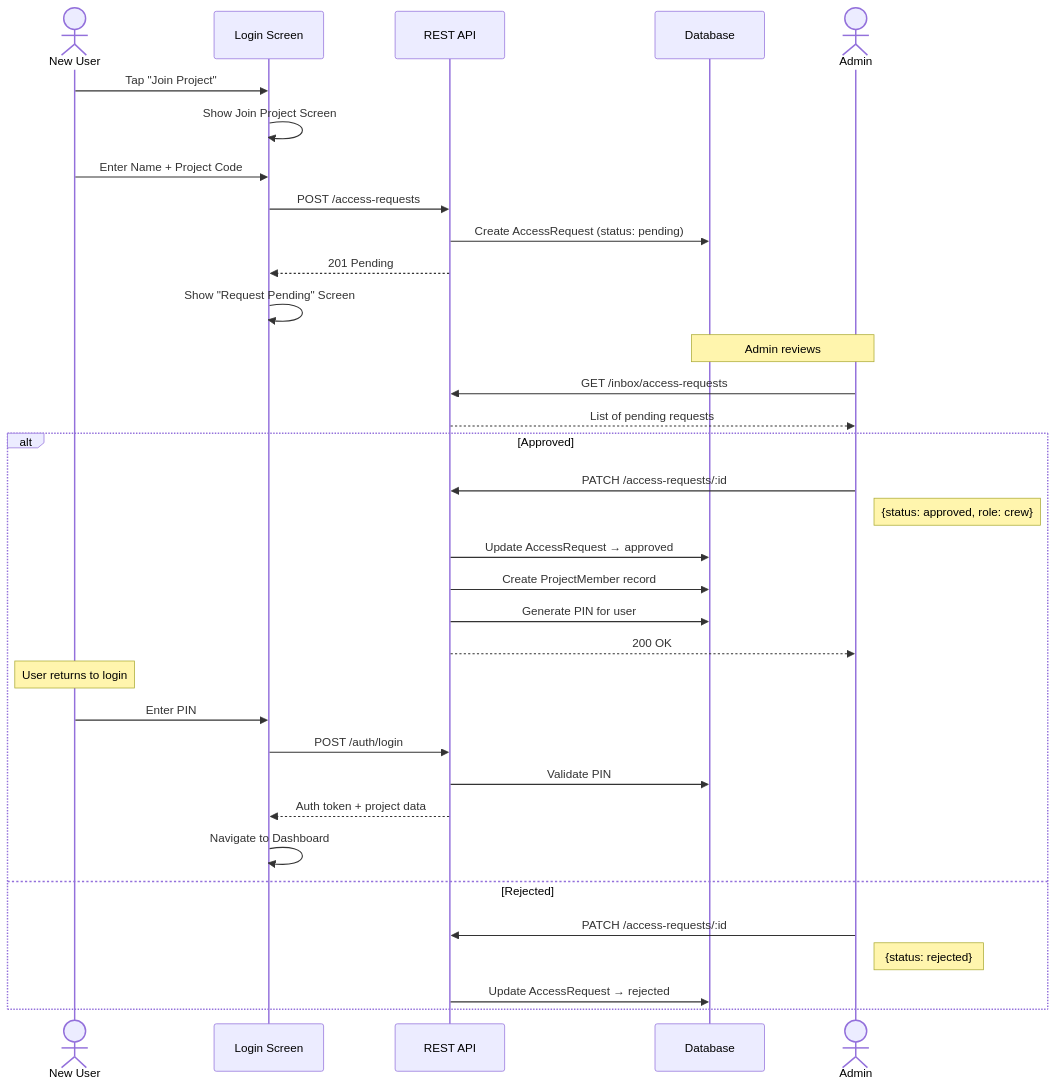
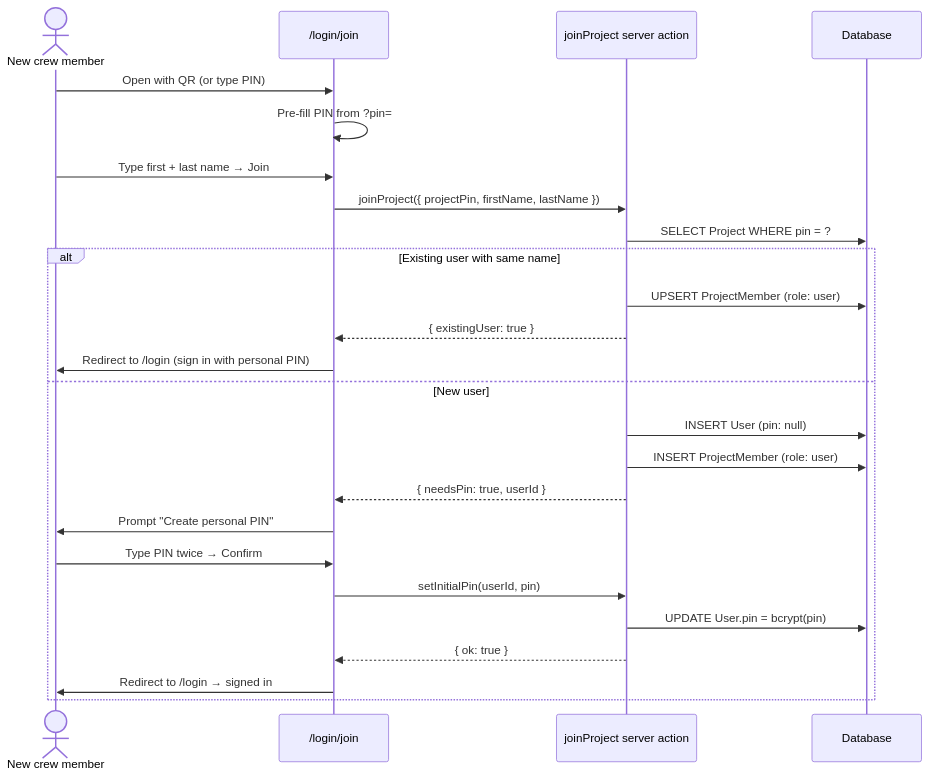
One commit to jimmfxr/versacom-app changed the fourth of 4 diagrams in docs/uml-sequence-diagrams.md. Above: the diagram before and after it, drawn with Mermaid. The commit also changed other lines of this file and 14 other files, not shown here.

First line of the commit message:
Docs: refresh PRD + diagrams for unified My Equipment + Copy/Paste

````diff
--- a/docs/uml-sequence-diagrams.md
+++ b/docs/uml-sequence-diagrams.md
@@ -123,40 +161,29 @@
 ```mermaid
 sequenceDiagram
-    actor NewUser as New User
-    participant Login as Login Screen
-    participant API as REST API
+    actor NewUser as New crew member
+    participant Login as /login/join
+    participant SA as joinProject server action
     participant DB as Database
-    actor Admin
 
-    NewUser->>Login: Tap "Join Project"
-    Login->>Login: Show Join Project Screen
-    NewUser->>Login: Enter Name + Project Code
-    Login->>API: POST /access-requests
-    API->>DB: Create AccessRequest (status: pending)
-    API-->>Login: 201 Pending
-    Login->>Login: Show "Request Pending" Screen
+    NewUser->>Login: Open with QR (or type PIN)
+    Login->>Login: Pre-fill PIN from ?pin=
+    NewUser->>Login: Type first + last name → Join
 
-    Note over Admin,DB: Admin reviews
-    Admin->>API: GET /inbox/access-requests
-    API-->>Admin: List of pending requests
-
-    alt Approved
-        Admin->>API: PATCH /access-requests/:id
-        Note right of Admin: {status: approved, role: crew}
-        API->>DB: Update AccessRequest → approved
-        API->>DB: Create ProjectMember record
-        API->>DB: Generate PIN for user
-        API-->>Admin: 200 OK
-
-        Note over NewUser: User returns to login
-        NewUser->>Login: Enter PIN
-        Login->>API: POST /auth/login
-        API->>DB: Validate PIN
-        API-->>Login: Auth token + project data
-        Login->>Login: Navigate to Dashboard
-    else Rejected
-        Admin->>API: PATCH /access-requests/:id
-        Note right of Admin: {status: rejected}
-        API->>DB: Update AccessRequest → rejected
+    Login->>SA: joinProject({ projectPin, firstName, lastName })
+    SA->>DB: SELECT Project WHERE pin = ?
+    alt Existing user with same name
+        SA->>DB: UPSERT ProjectMember (role: user)
+        SA-->>Login: { existingUser: true }
+        Login->>NewUser: Redirect to /login (sign in with personal PIN)
+    else New user
+        SA->>DB: INSERT User (pin: null)
+        SA->>DB: INSERT ProjectMember (role: user)
+        SA-->>Login: { needsPin: true, userId }
+        Login->>NewUser: Prompt "Create personal PIN"
+        NewUser->>Login: Type PIN twice → Confirm
+        Login->>SA: setInitialPin(userId, pin)
+        SA->>DB: UPDATE User.pin = bcrypt(pin)
+        SA-->>Login: { ok: true }
+        Login->>NewUser: Redirect to /login → signed in
     end
 ```
````
